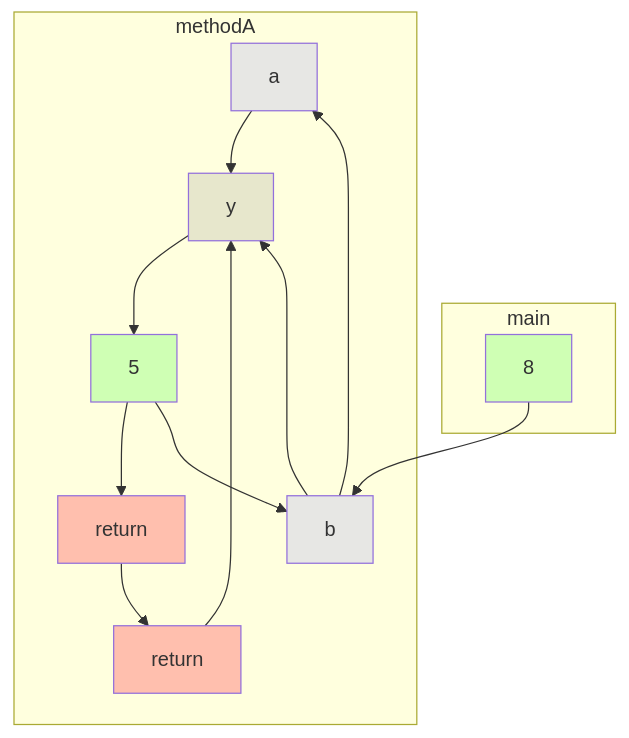
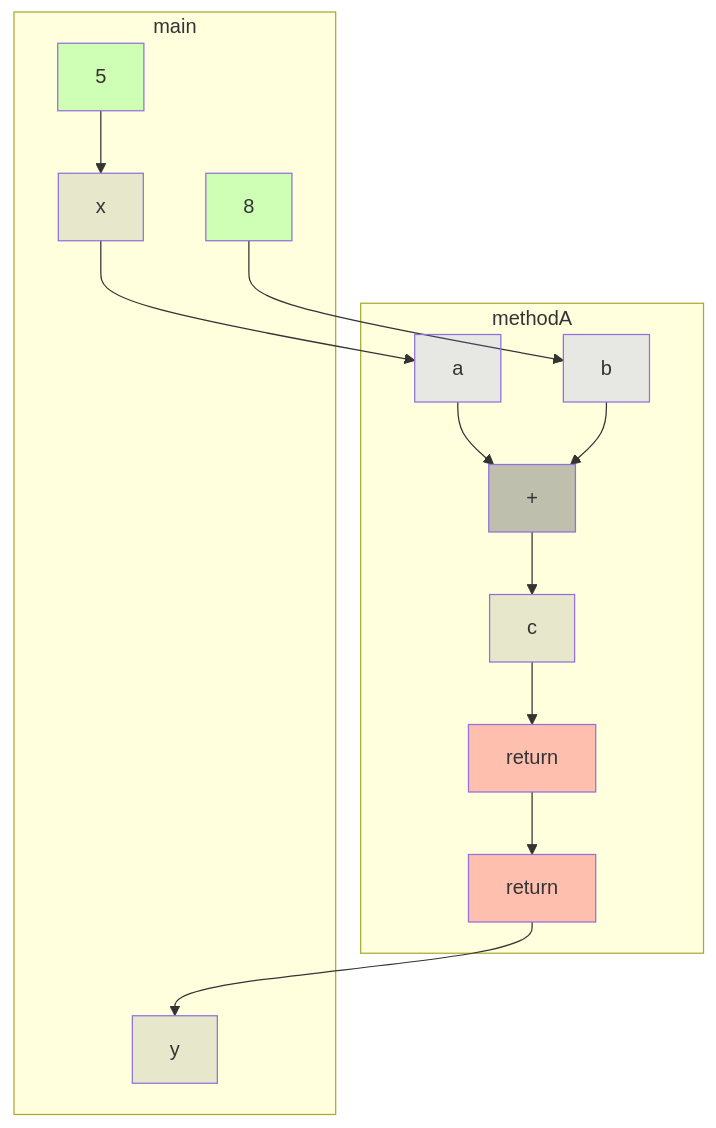
The diagram in app/src/test/resources/funcCall/truth.md (gstiebler/codeflow), drawn with Mermaid before and after one commit. The commit also changed 3 other files, not shown here.

````diff
--- a/app/src/test/resources/funcCall/truth.md
+++ b/app/src/test/resources/funcCall/truth.md
@@ -1,21 +1,21 @@
 ```mermaid
 flowchart TD
   subgraph methodA
-    0[a]:::FUNC_PARAM --> 3[+]:::BIN_OP
-    1[b]:::FUNC_PARAM --> 3[+]:::BIN_OP
-    2[c]:::VARIABLE --> 6[return]:::RETURN
-    3[+]:::BIN_OP --> 2[c]:::VARIABLE
-    6[return]:::RETURN --> 5[return]:::RETURN
+    7[return]:::RETURN --> 6[return]:::RETURN
+    8[a]:::FUNC_PARAM --> 11[+]:::BIN_OP
+    9[b]:::FUNC_PARAM --> 11[+]:::BIN_OP
+    10[c]:::VARIABLE --> 7[return]:::RETURN
+    11[+]:::BIN_OP --> 10[c]:::VARIABLE
   end
   subgraph main
-    1[x]:::VARIABLE --> 0[a]:::FUNC_PARAM
-    2[5]:::LITERAL --> 1[x]:::VARIABLE
-    4[8]:::LITERAL --> 1[b]:::FUNC_PARAM
-    5[return]:::RETURN --> 3[y]:::VARIABLE
+    2[x]:::VARIABLE --> 8[a]:::FUNC_PARAM
+    3[5]:::LITERAL --> 2[x]:::VARIABLE
+    5[8]:::LITERAL --> 9[b]:::FUNC_PARAM
+    6[return]:::RETURN --> 4[y]:::VARIABLE
   end
   classDef LITERAL fill:#00FF0030
   classDef VARIABLE fill:#80808030
   classDef BIN_OP fill:#80808080
   classDef FUNC_PARAM fill:#8080FF30
   classDef RETURN fill:#FF808080
 ```
````
